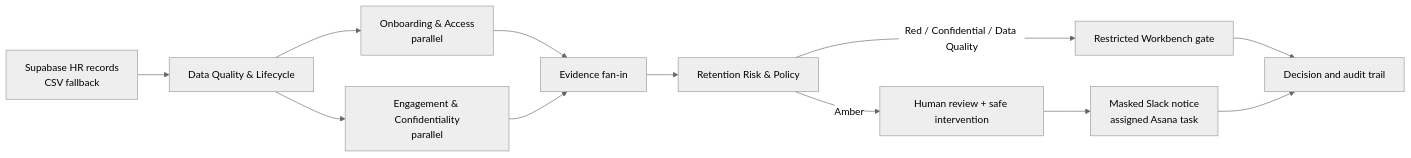
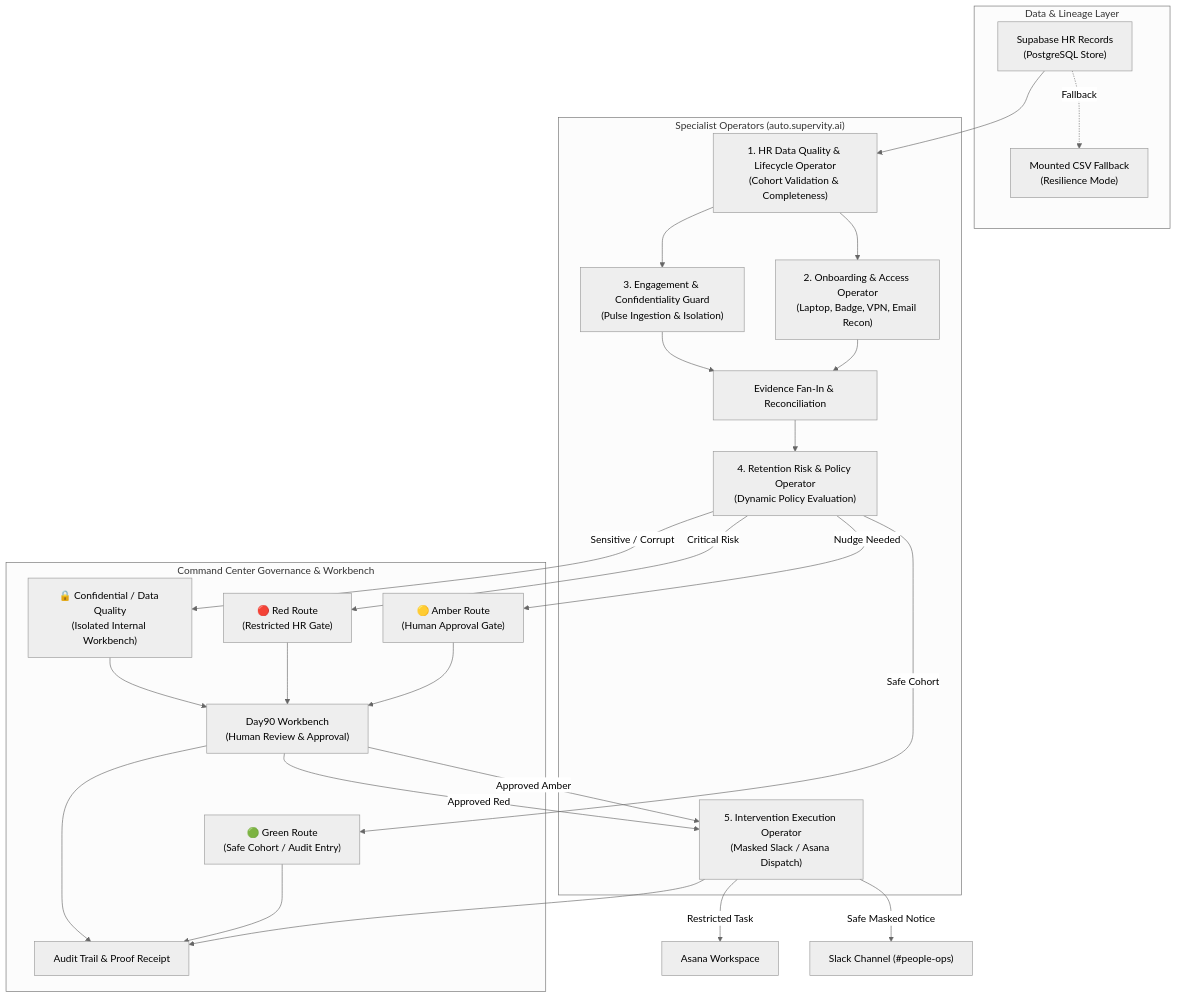
One commit to Hasnain006-nain/day90-guardian-command-center changed the diagram in README.md. Above: the diagram before and after it, drawn with Mermaid (neutral theme). The commit also changed other lines of this file and 8 other files, not shown here.

Commit message:
docs: elevate README with professional styling, architecture flow, and UI screenshots

````diff
--- a/README.md
+++ b/README.md
@@ -52,14 +149,52 @@
 ```mermaid
-flowchart LR
-  A["Supabase HR records\nCSV fallback"] --> B["Data Quality & Lifecycle"]
-  B --> C["Onboarding & Access\nparallel"]
-  B --> D["Engagement & Confidentiality\nparallel"]
-  C --> E["Evidence fan-in"]
+flowchart TD
+  subgraph DataLayer ["Data & Lineage Layer"]
+    A["Supabase HR Records\n(PostgreSQL Store)"]
+    A_CSV["Mounted CSV Fallback\n(Resilience Mode)"]
+    A -.->|Fallback| A_CSV
+  end
+
+  subgraph OperatorLayer ["Specialist Operators (auto.supervity.ai)"]
+    B["1. HR Data Quality & Lifecycle Operator\n(Cohort Validation & Completeness)"]
+    C["2. Onboarding & Access Operator\n(Laptop, Badge, VPN, Email Recon)"]
+    D["3. Engagement & Confidentiality Guard\n(Pulse Ingestion & Isolation)"]
+    E["Evidence Fan-In & Reconciliation"]
+    F["4. Retention Risk & Policy Operator\n(Dynamic Policy Evaluation)"]
+    I["5. Intervention Execution Operator\n(Masked Slack / Asana Dispatch)"]
+  end
+
+  subgraph GovernanceLayer ["Command Center Governance & Workbench"]
+    G["🟢 Green Route\n(Safe Cohort / Audit Entry)"]
+    H["🟡 Amber Route\n(Human Approval Gate)"]
+    J["🔴 Red Route\n(Restricted HR Gate)"]
+    K["🔒 Confidential / Data Quality\n(Isolated Internal Workbench)"]
+    L["Day90 Workbench\n(Human Review & Approval)"]
+    M["Audit Trail & Proof Receipt"]
+  end
+
+  A --> B
+  B --> C
+  B --> D
+  C --> E
   D --> E
-  E --> F["Retention Risk & Policy"]
-  F -->|"Amber"| G["Human review + safe intervention"]
-  F -->|"Red / Confidential / Data Quality"| H["Restricted Workbench gate"]
-  G --> I["Masked Slack notice\nassigned Asana task"]
-  H --> J["Decision and audit trail"]
-  I --> J
+  E --> F
+
+  F -->|"Safe Cohort"| G
+  F -->|"Nudge Needed"| H
+  F -->|"Critical Risk"| J
+  F -->|"Sensitive / Corrupt"| K
+
+  H --> L
+  J --> L
+  K --> L
+
+  L -->|"Approved Amber"| I
+  L -->|"Approved Red"| I
+  
+  I -->|"Safe Masked Notice"| Slack["Slack Channel (#people-ops)"]
+  I -->|"Restricted Task"| Asana["Asana Workspace"]
+
+  G --> M
+  I --> M
+  L --> M
 ```
````
